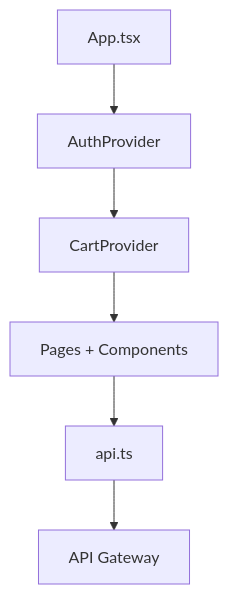
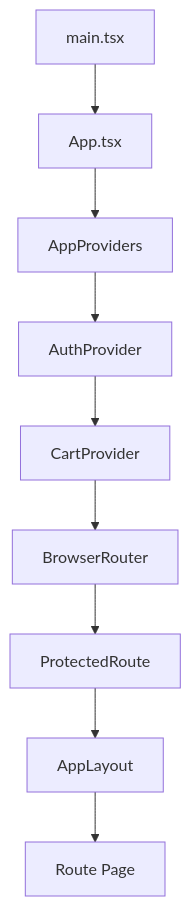
The diagram in docs/annotated/frontend-app.md (NguyenDung278/E-CommerceMicroservicesPlatform), drawn with Mermaid before and after one commit. The commit also changed other lines of this file and 133 other files, not shown here.

Commit message:
refactor: restructure frontend architecture by migrating to a feature-based modular design and centralizing the API layer.

````diff
--- a/docs/annotated/frontend-app.md
+++ b/docs/annotated/frontend-app.md
@@ -98,8 +150,11 @@
 ```mermaid
 flowchart TD
-    App[App.tsx] --> Auth[AuthProvider]
+    Main[main.tsx] --> App[App.tsx]
+    App --> Providers[AppProviders]
+    Providers --> Auth[AuthProvider]
     Auth --> Cart[CartProvider]
-    Cart --> Pages[Pages + Components]
-    Pages --> API[api.ts]
-    API --> Gateway[API Gateway]
+    Cart --> Router[BrowserRouter]
+    Router --> Guard[ProtectedRoute]
+    Guard --> Layout[AppLayout]
+    Layout --> Outlet[Route Page]
 ```
````
